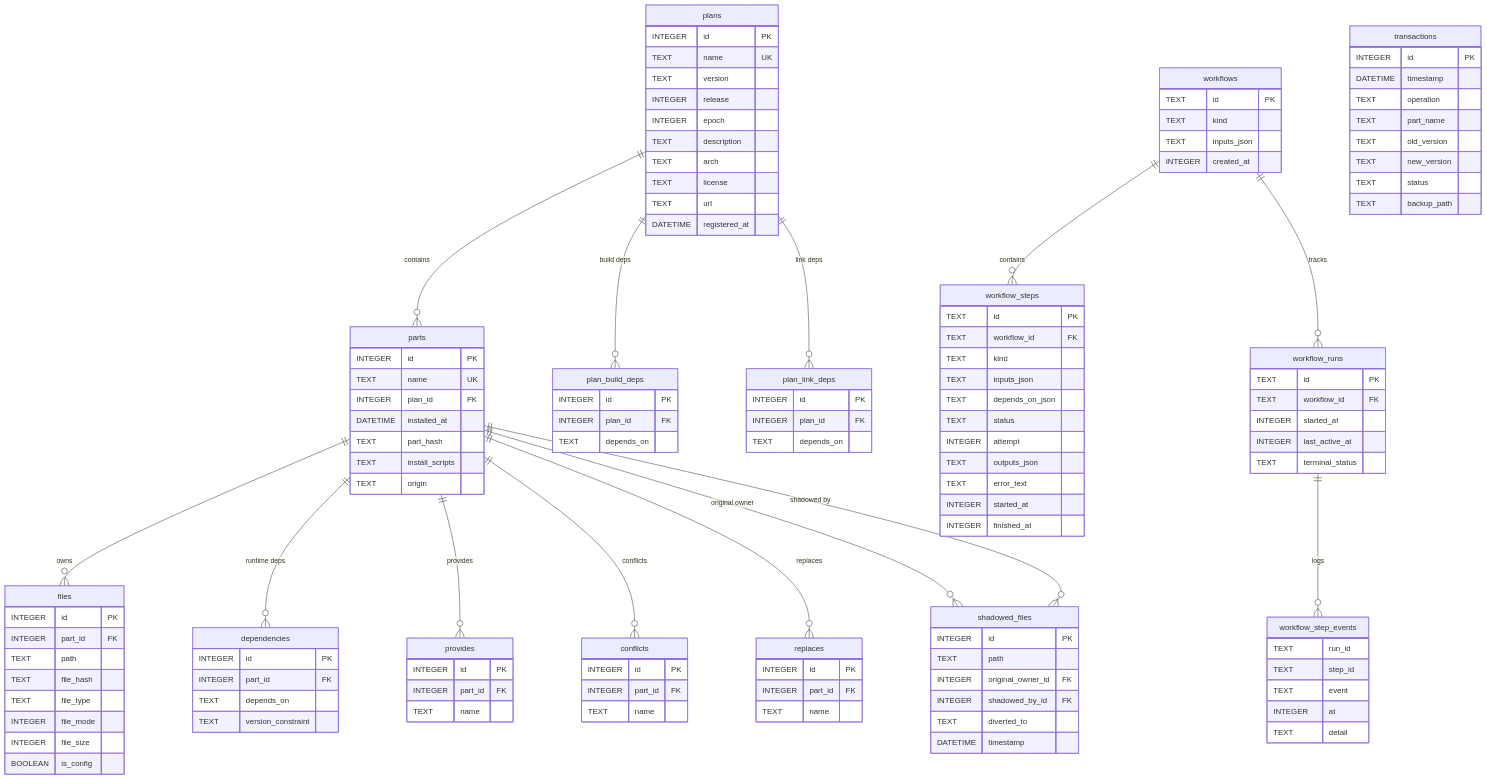
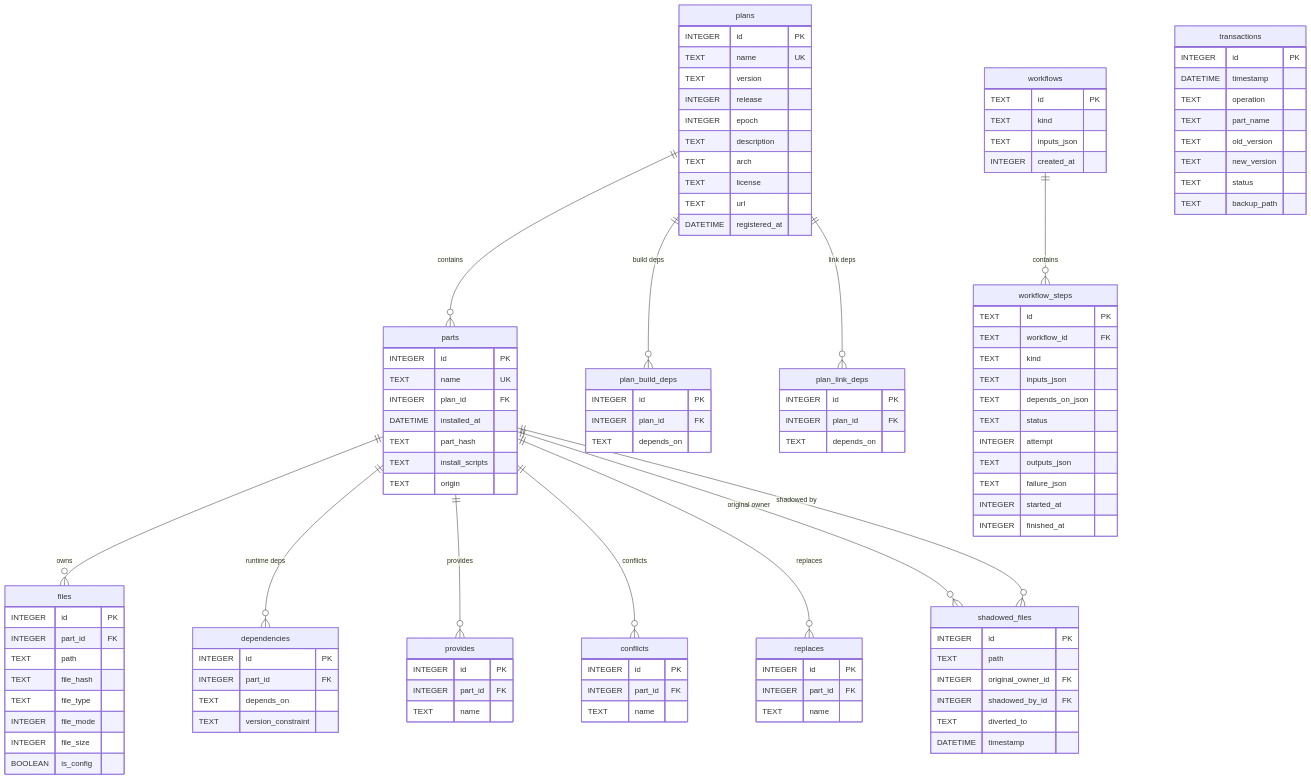
Before and after one commit to ming2k/wright: the diagram in docs/reference/database-design.md, drawn with Mermaid. The commit also changed other lines of this file and 49 other files, not shown here.

````diff
--- a/docs/reference/database-design.md
+++ b/docs/reference/database-design.md
@@ -57,9 +55,6 @@
     parts ||--o{ shadowed_files : "original owner"
     parts ||--o{ shadowed_files : "shadowed by"
     workflows ||--o{ workflow_steps : contains
-    workflows ||--o{ workflow_runs : tracks
-    workflow_runs ||--o{ workflow_step_events : logs
-
     plans {
         INTEGER id PK
         TEXT name UK
@@ -167,24 +162,9 @@
         TEXT status
         INTEGER attempt
         TEXT outputs_json
-        TEXT error_text
+        TEXT failure_json
         INTEGER started_at
         INTEGER finished_at
     }
 
-    workflow_runs {
-        TEXT id PK
-        TEXT workflow_id FK
-        INTEGER started_at
-        INTEGER last_active_at
-        TEXT terminal_status
-    }
-
-    workflow_step_events {
-        TEXT run_id
-        TEXT step_id
-        TEXT event
-        INTEGER at
-        TEXT detail
-    }
 ```
````
